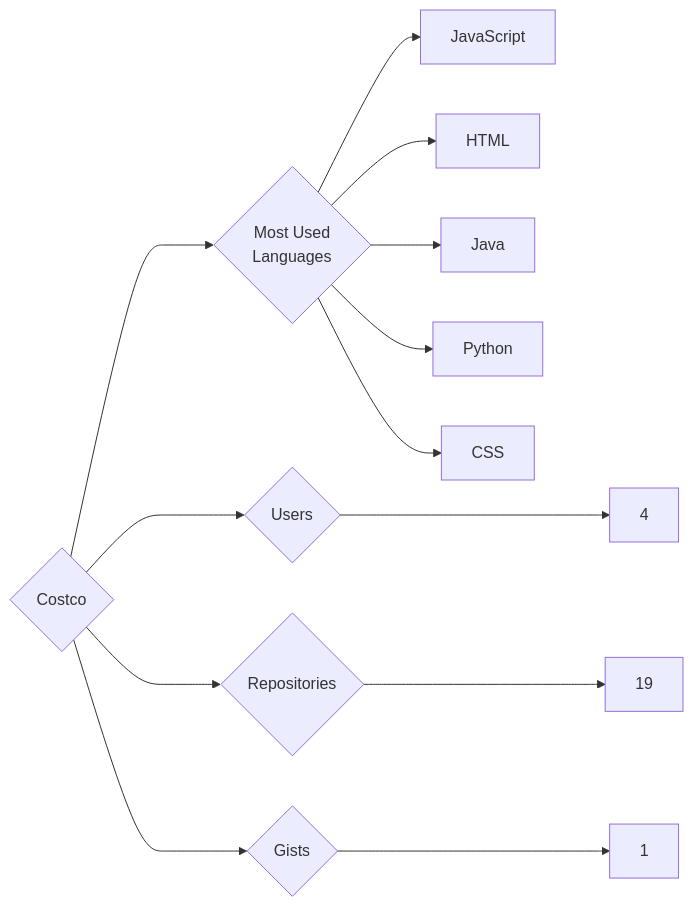
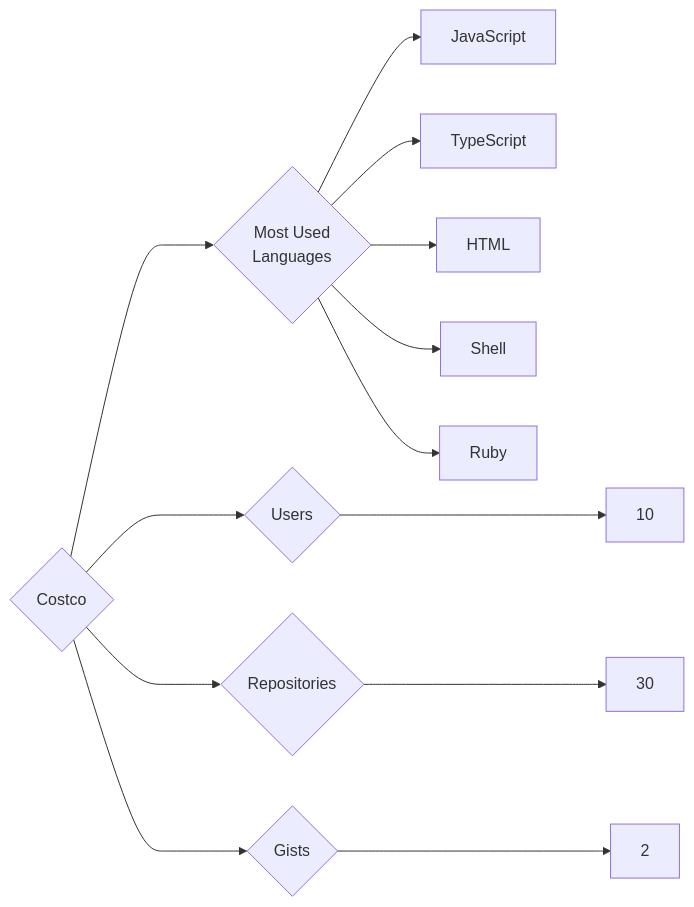
The diagram in targets/Costco/README.md (trickest/insiders), drawn with Mermaid before and after one commit. The commit also changed 611 other files, not shown here.

````diff
--- a/targets/Costco/README.md
+++ b/targets/Costco/README.md
@@ -3,13 +3,13 @@
 ```mermaid
 graph LR
 COMPANY_NAME{Costco}
-COMPANY_NAME ---> U{Users} ---> UN[4]
-COMPANY_NAME ---> R{Repositories} ---> RN[19]
-COMPANY_NAME ---> G{Gists} ---> GN[1]
+COMPANY_NAME ---> U{Users} ---> UN[10]
+COMPANY_NAME ---> R{Repositories} ---> RN[30]
+COMPANY_NAME ---> G{Gists} ---> GN[2]
 COMPANY_NAME ---> ML{Most Used<br>Languages}
 ML --> JavaScript[JavaScript]
+ML --> TypeScript[TypeScript]
 ML --> HTML[HTML]
-ML --> Java[Java]
-ML --> Python[Python]
-ML --> CSS[CSS]
+ML --> Shell[Shell]
+ML --> Ruby[Ruby]
 ```
````
